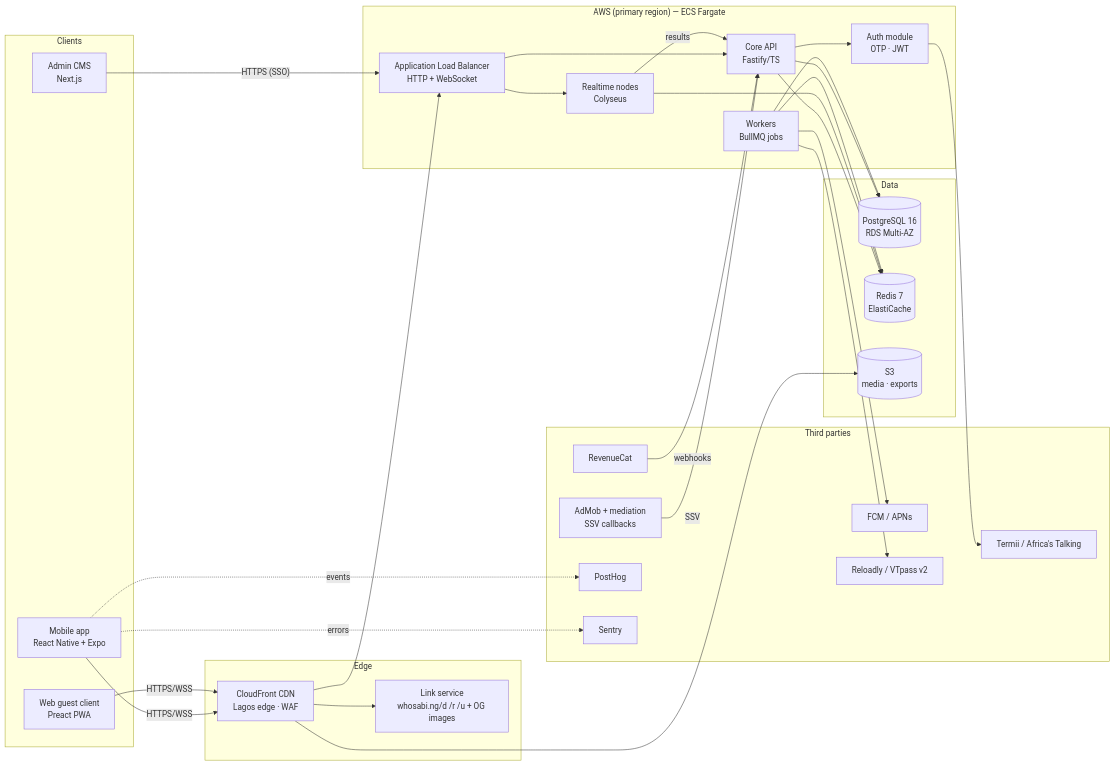
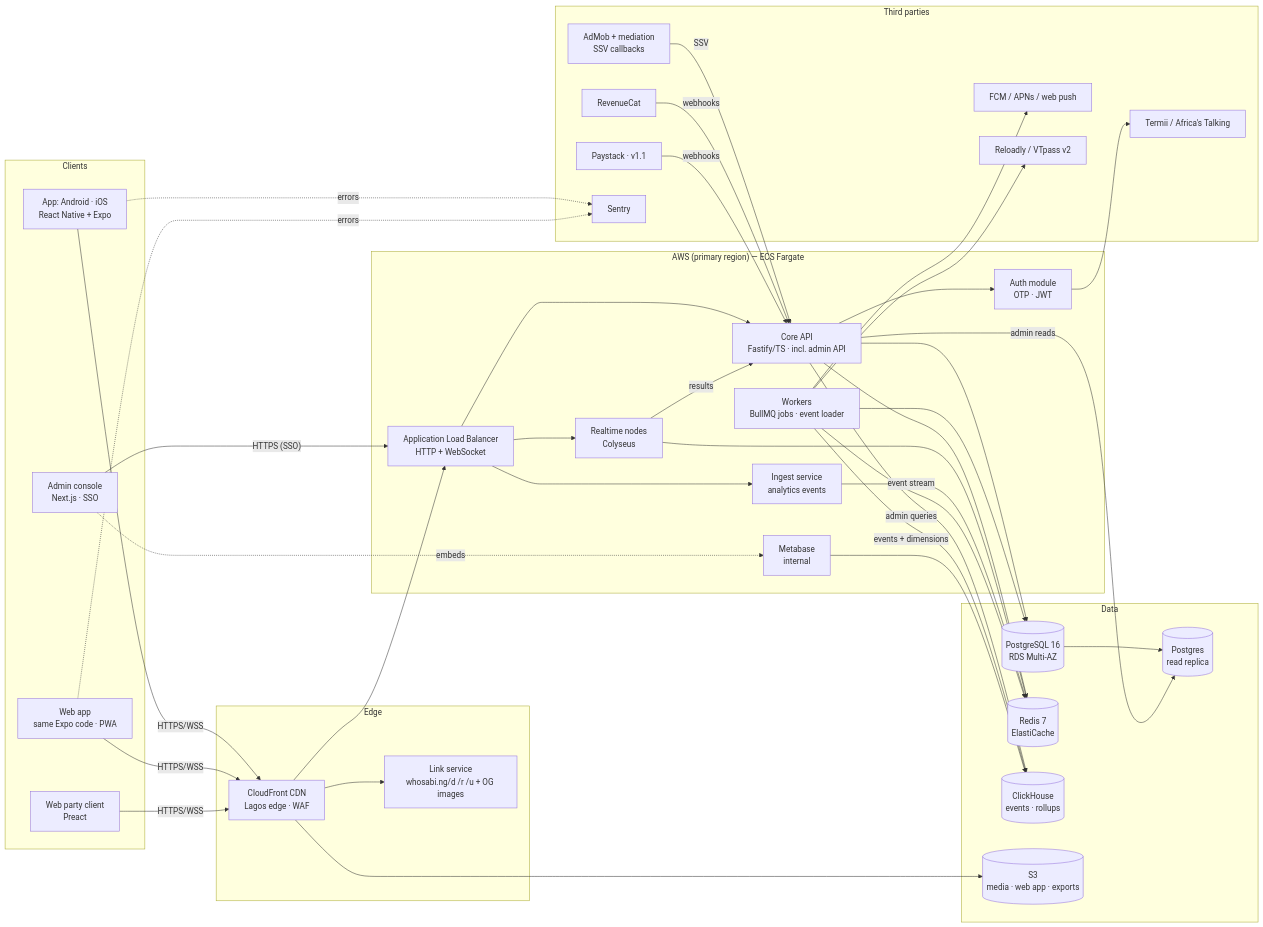
Before and after one commit to Realdiamond/Naija-Trivia: the first of 4 diagrams in docs/07-system-architecture.md, drawn with Mermaid. The commit also changed other lines of this file and 23 other files, not shown here.

````diff
--- a/docs/07-system-architecture.md
+++ b/docs/07-system-architecture.md
@@ -9,60 +9,75 @@
 ```mermaid
 flowchart LR
   subgraph Clients
-    APP[Mobile app<br/>React Native + Expo]
-    WEB[Web guest client<br/>Preact PWA]
-    CMS[Admin CMS<br/>Next.js]
+    APP[App: Android · iOS<br/>React Native + Expo]
+    WEBAPP[Web app<br/>same Expo code · PWA]
+    WEB[Web party client<br/>Preact]
+    ADMIN[Admin console<br/>Next.js · SSO]
   end
 
   subgraph Edge
     CF[CloudFront CDN<br/>Lagos edge · WAF]
     LINKS[Link service<br/>whosabi.ng/d /r /u + OG images]
   end
 
   subgraph AWS["AWS (primary region) — ECS Fargate"]
     ALB[Application Load Balancer<br/>HTTP + WebSocket]
-    API[Core API<br/>Fastify/TS]
+    API[Core API<br/>Fastify/TS · incl. admin API]
     RT[Realtime nodes<br/>Colyseus]
-    WRK[Workers<br/>BullMQ jobs]
+    WRK[Workers<br/>BullMQ jobs · event loader]
+    ING[Ingest service<br/>analytics events]
     AUTH[Auth module<br/>OTP · JWT]
+    MB[Metabase<br/>internal]
   end
 
   subgraph Data
     PG[(PostgreSQL 16<br/>RDS Multi-AZ)]
+    PGR[(Postgres<br/>read replica)]
     RDS[(Redis 7<br/>ElastiCache)]
-    S3[(S3<br/>media · exports)]
+    CH[(ClickHouse<br/>events · rollups)]
+    S3[(S3<br/>media · web app · exports)]
   end
 
   subgraph ThirdParty[Third parties]
     SMS[Termii / Africa's Talking]
-    FCM[FCM / APNs]
+    FCM[FCM / APNs / web push]
     ADM[AdMob + mediation<br/>SSV callbacks]
     RC[RevenueCat]
-    PH[PostHog]
+    PSK[Paystack · v1.1]
     SEN[Sentry]
     AIR[Reloadly / VTpass v2]
   end
 
   APP -- HTTPS/WSS --> CF
+  WEBAPP -- HTTPS/WSS --> CF
   WEB -- HTTPS/WSS --> CF
-  CMS -- HTTPS (SSO) --> ALB
+  ADMIN -- HTTPS (SSO) --> ALB
   CF --> ALB
   CF --> S3
   CF --> LINKS
   ALB --> API
   ALB --> RT
+  ALB --> ING
   API --> PG
+  PG --> PGR
   API --> RDS
+  API -- admin reads --> PGR
+  API -- admin queries --> CH
   RT --> RDS
   RT -- results --> API
+  ING -- event stream --> RDS
   WRK --> PG
   WRK --> RDS
+  WRK -- events + dimensions --> CH
   API --> AUTH
   AUTH --> SMS
   WRK --> FCM
   ADM -- SSV --> API
   RC -- webhooks --> API
-  APP -.events.-> PH
+  PSK -- webhooks --> API
+  ADMIN -. embeds .-> MB
+  MB --> CH
   APP -.errors.-> SEN
+  WEBAPP -.errors.-> SEN
   WRK --> AIR
 ```
````
